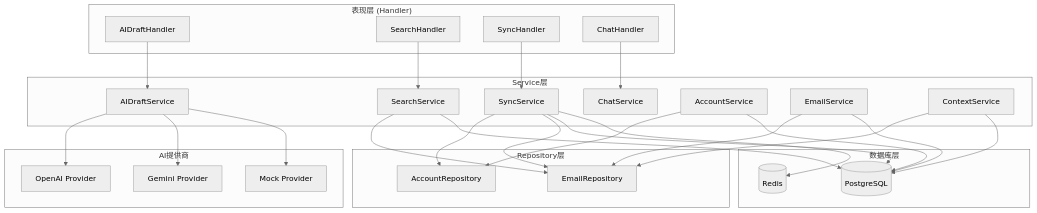
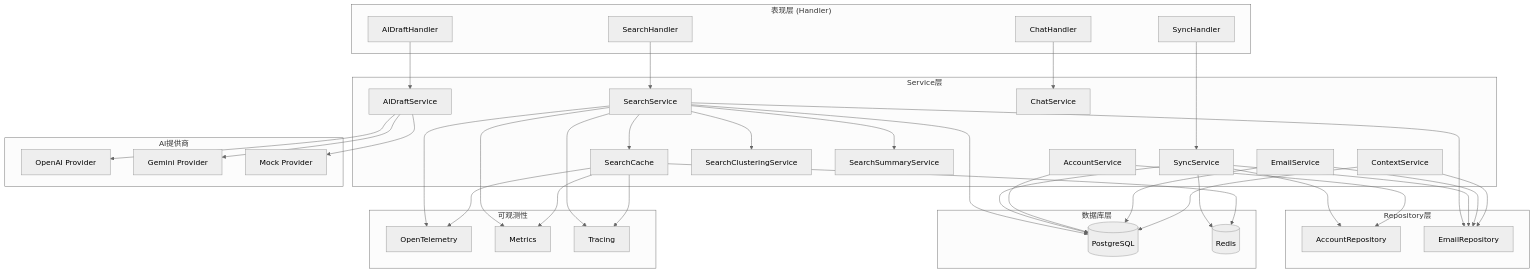
One commit to hrygo/echomind changed the first of 11 diagrams in .qoder/repowiki/zh/content/架构设计/后端架构/分层架构详解/Service层.md. Above: the diagram before and after it, drawn with Mermaid (neutral theme). The commit also changed other lines of this file and 2 other files, not shown here.

````diff
--- a/.qoder/repowiki/zh/content/架构设计/后端架构/分层架构详解/Service层.md
+++ b/.qoder/repowiki/zh/content/架构设计/后端架构/分层架构详解/Service层.md
@@ -50,50 +64,68 @@
 ```mermaid
 graph TB
 subgraph "表现层 (Handler)"
 H1[AIDraftHandler]
 H2[SearchHandler]
 H3[SyncHandler]
 H4[ChatHandler]
 end
 subgraph "Service层"
 S1[AIDraftService]
 S2[SearchService]
 S3[SyncService]
 S4[ChatService]
 S5[AccountService]
 S6[EmailService]
 S7[ContextService]
+S8[SearchClusteringService]
+S9[SearchSummaryService]
+S10[SearchCache]
 end
 subgraph "Repository层"
 R1[AccountRepository]
 R2[EmailRepository]
 end
 subgraph "AI提供商"
 A1[OpenAI Provider]
 A2[Gemini Provider]
 A3[Mock Provider]
 end
 subgraph "数据库层"
 D1[(PostgreSQL)]
 D2[(Redis)]
+end
+subgraph "可观测性"
+O1[OpenTelemetry]
+O2[Metrics]
+O3[Tracing]
 end
 H1 --> S1
 H2 --> S2
 H3 --> S3
 H4 --> S4
 S1 --> A1
 S1 --> A2
 S1 --> A3
 S2 --> R2
 S3 --> R1
 S3 --> R2
 S5 --> R1
 S6 --> R2
 S7 --> R2
 S2 --> D1
 S3 --> D1
 S5 --> D1
 S6 --> D1
 S7 --> D1
 S3 --> D2
+S2 --> S10
+S2 --> S8
+S2 --> S9
+S2 --> O1
+S2 --> O2
+S2 --> O3
+S10 --> D2
+S10 --> O1
+S10 --> O2
+S10 --> O3
 ```
````
